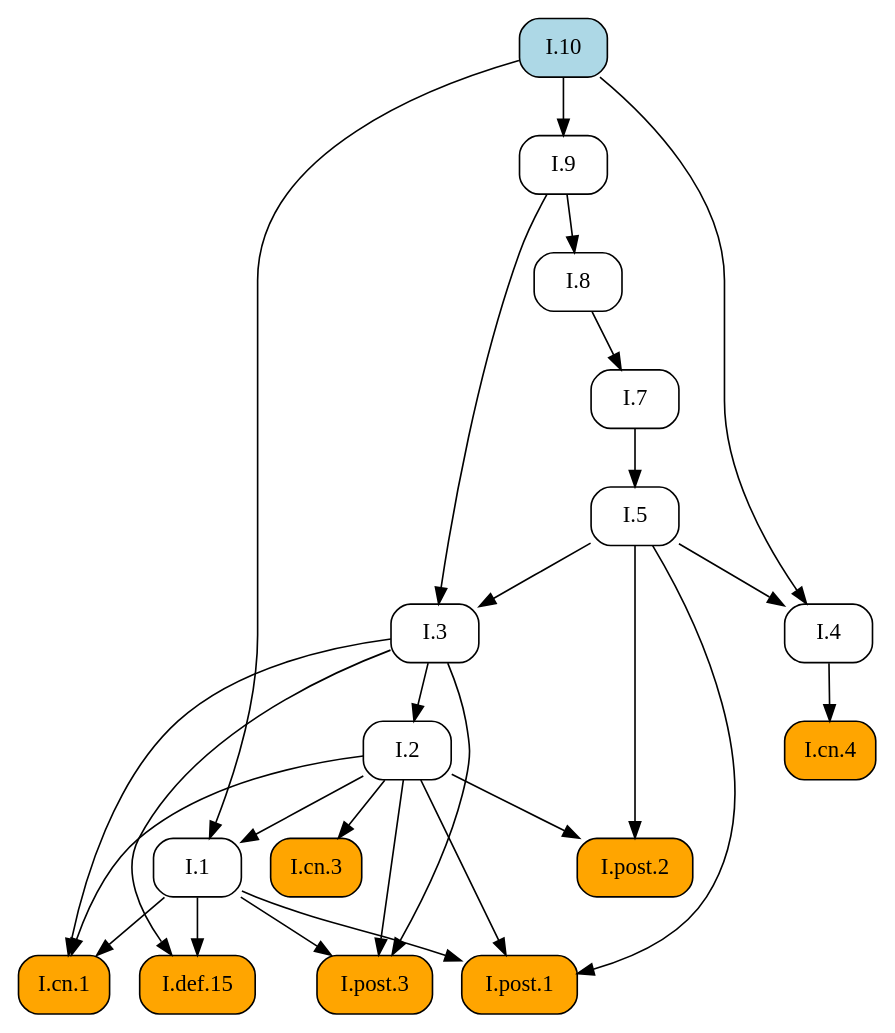
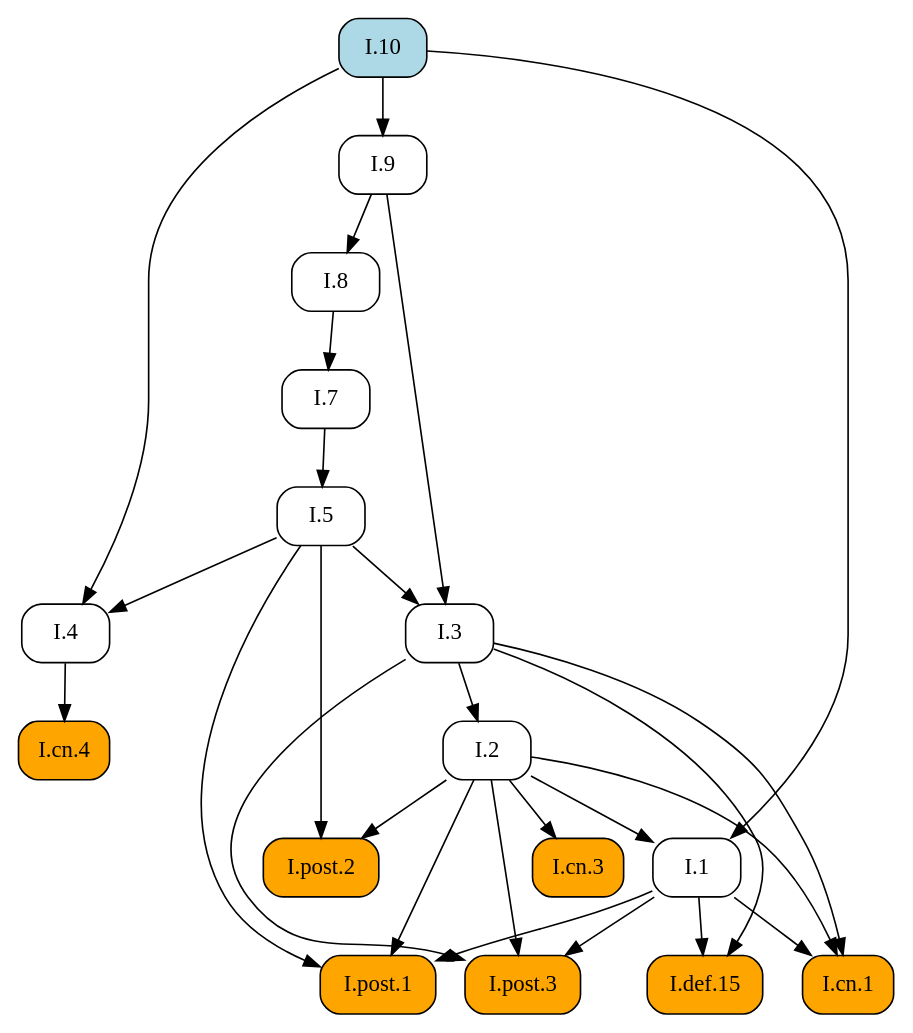
The diagram in docsrc/elements2/I/10/index.rst (geometor/elements), drawn with Graphviz before and after one commit. The commit also changed other lines of this file and 171 other files, not shown here.

```diff
--- a/docsrc/elements2/I/10/index.rst
+++ b/docsrc/elements2/I/10/index.rst
@@ -44,48 +44,48 @@
 .. graphviz::
 
    digraph {
      rankdir="TB";
      node [shape=box, style=rounded];
+     "I.8" [URL="/elements2/I/8/", target="_top"];
+     "I.2" [URL="/elements2/I/2/", target="_top"];
+     "I.1" [URL="/elements2/I/1/", target="_top"];
+     "I.cn.4" [style="rounded,filled", fillcolor=orange, URL="/elements2/I/cn.4/", target="_top"];
+     "I.cn.3" [style="rounded,filled", fillcolor=orange, URL="/elements2/I/cn.3/", target="_top"];
+     "I.def.15" [style="rounded,filled", fillcolor=orange, URL="/elements2/I/def.15/", target="_top"];
+     "I.4" [URL="/elements2/I/4/", target="_top"];
+     "I.7" [URL="/elements2/I/7/", target="_top"];
+     "I.9" [URL="/elements2/I/9/", target="_top"];
+     "I.post.1" [style="rounded,filled", fillcolor=orange, URL="/elements2/I/post.1/", target="_top"];
+     "I.10" [style="rounded,filled", fillcolor=lightblue, URL="/elements2/I/10/", target="_top"];
+     "I.3" [URL="/elements2/I/3/", target="_top"];
      "I.post.2" [style="rounded,filled", fillcolor=orange, URL="/elements2/I/post.2/", target="_top"];
-     "I.9" [URL="/elements2/I/9/", target="_top"];
-     "I.10" [style="rounded,filled", fillcolor=lightblue, URL="/elements2/I/10/", target="_top"];
-     "I.post.1" [style="rounded,filled", fillcolor=orange, URL="/elements2/I/post.1/", target="_top"];
-     "I.8" [URL="/elements2/I/8/", target="_top"];
+     "I.5" [URL="/elements2/I/5/", target="_top"];
      "I.cn.1" [style="rounded,filled", fillcolor=orange, URL="/elements2/I/cn.1/", target="_top"];
-     "I.2" [URL="/elements2/I/2/", target="_top"];
-     "I.3" [URL="/elements2/I/3/", target="_top"];
-     "I.7" [URL="/elements2/I/7/", target="_top"];
-     "I.cn.3" [style="rounded,filled", fillcolor=orange, URL="/elements2/I/cn.3/", target="_top"];
-     "I.5" [URL="/elements2/I/5/", target="_top"];
-     "I.def.15" [style="rounded,filled", fillcolor=orange, URL="/elements2/I/def.15/", target="_top"];
-     "I.cn.4" [style="rounded,filled", fillcolor=orange, URL="/elements2/I/cn.4/", target="_top"];
      "I.post.3" [style="rounded,filled", fillcolor=orange, URL="/elements2/I/post.3/", target="_top"];
-     "I.1" [URL="/elements2/I/1/", target="_top"];
-     "I.4" [URL="/elements2/I/4/", target="_top"];
-     "I.2" -> "I.post.2";
-     "I.5" -> "I.post.2";
+     "I.9" -> "I.8";
+     "I.3" -> "I.2";
+     "I.2" -> "I.1";
+     "I.10" -> "I.1";
+     "I.4" -> "I.cn.4";
+     "I.2" -> "I.cn.3";
+     "I.1" -> "I.def.15";
+     "I.3" -> "I.def.15";
+     "I.5" -> "I.4";
+     "I.10" -> "I.4";
+     "I.8" -> "I.7";
      "I.10" -> "I.9";
      "I.1" -> "I.post.1";
      "I.2" -> "I.post.1";
      "I.5" -> "I.post.1";
-     "I.9" -> "I.8";
+     "I.5" -> "I.3";
+     "I.9" -> "I.3";
+     "I.2" -> "I.post.2";
+     "I.5" -> "I.post.2";
+     "I.7" -> "I.5";
      "I.1" -> "I.cn.1";
      "I.2" -> "I.cn.1";
      "I.3" -> "I.cn.1";
-     "I.3" -> "I.2";
-     "I.5" -> "I.3";
-     "I.9" -> "I.3";
-     "I.8" -> "I.7";
-     "I.2" -> "I.cn.3";
-     "I.7" -> "I.5";
-     "I.1" -> "I.def.15";
-     "I.3" -> "I.def.15";
-     "I.4" -> "I.cn.4";
      "I.1" -> "I.post.3";
      "I.2" -> "I.post.3";
      "I.3" -> "I.post.3";
-     "I.2" -> "I.1";
-     "I.10" -> "I.1";
-     "I.5" -> "I.4";
-     "I.10" -> "I.4";
    }
```
